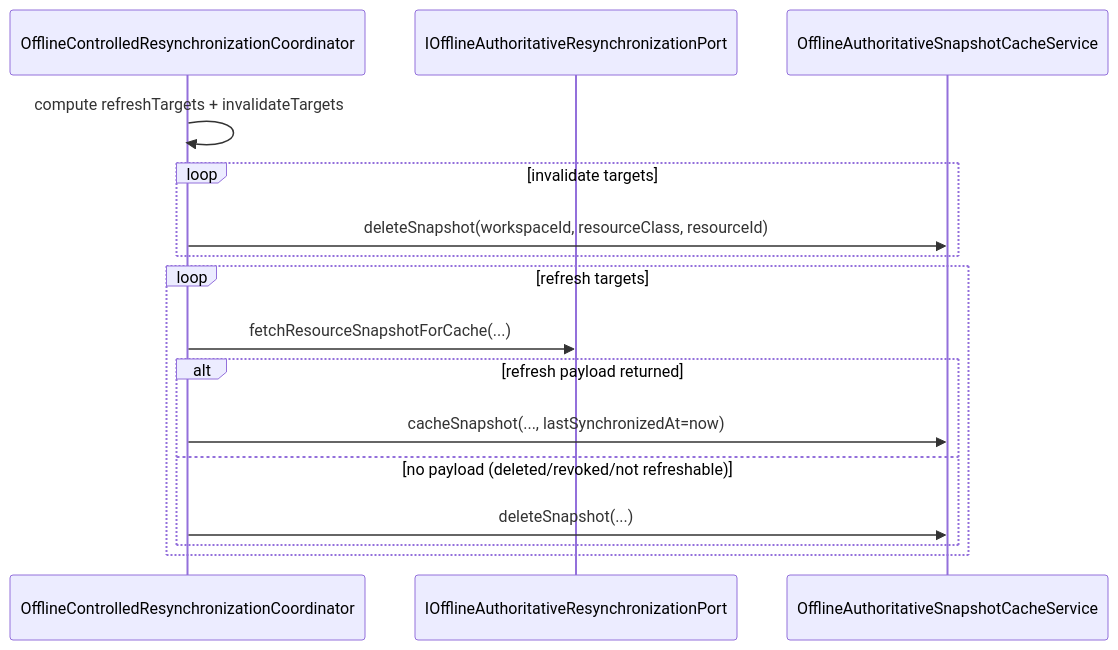
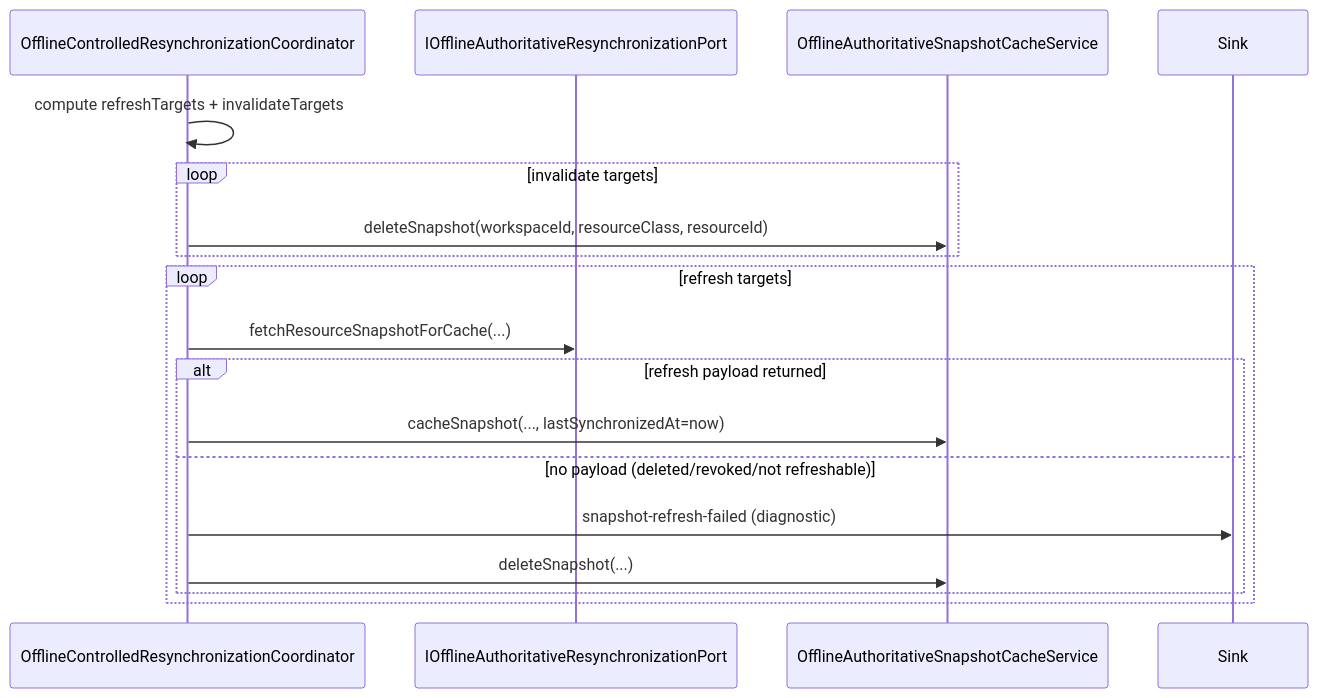
One commit to jeffreywallphd/ai-system-builder changed the third of 3 diagrams in docs/architecture/offline-local-mode-authority-boundaries.md. Above: the diagram before and after it, drawn with Mermaid. The commit also changed other lines of this file and 16 other files, not shown here.

````diff
--- a/docs/architecture/offline-local-mode-authority-boundaries.md
+++ b/docs/architecture/offline-local-mode-authority-boundaries.md
@@ -401,19 +406,20 @@
 ```mermaid
 sequenceDiagram
   participant Coord as OfflineControlledResynchronizationCoordinator
   participant Auth as IOfflineAuthoritativeResynchronizationPort
   participant CacheSvc as OfflineAuthoritativeSnapshotCacheService
 
   Coord->>Coord: compute refreshTargets + invalidateTargets
   loop invalidate targets
     Coord->>CacheSvc: deleteSnapshot(workspaceId, resourceClass, resourceId)
   end
   loop refresh targets
     Coord->>Auth: fetchResourceSnapshotForCache(...)
     alt refresh payload returned
       Coord->>CacheSvc: cacheSnapshot(..., lastSynchronizedAt=now)
     else no payload (deleted/revoked/not refreshable)
+      Coord->>Sink: snapshot-refresh-failed (diagnostic)
       Coord->>CacheSvc: deleteSnapshot(...)
     end
   end
 ```
````
